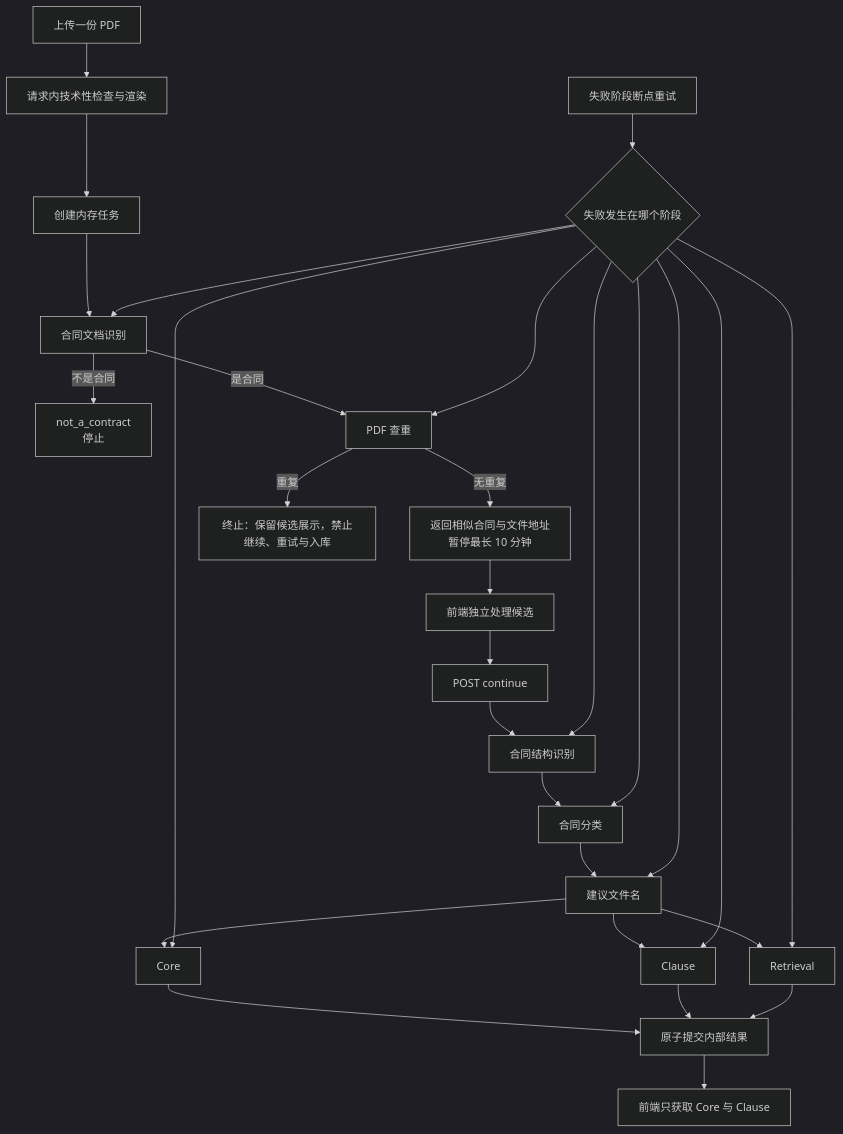
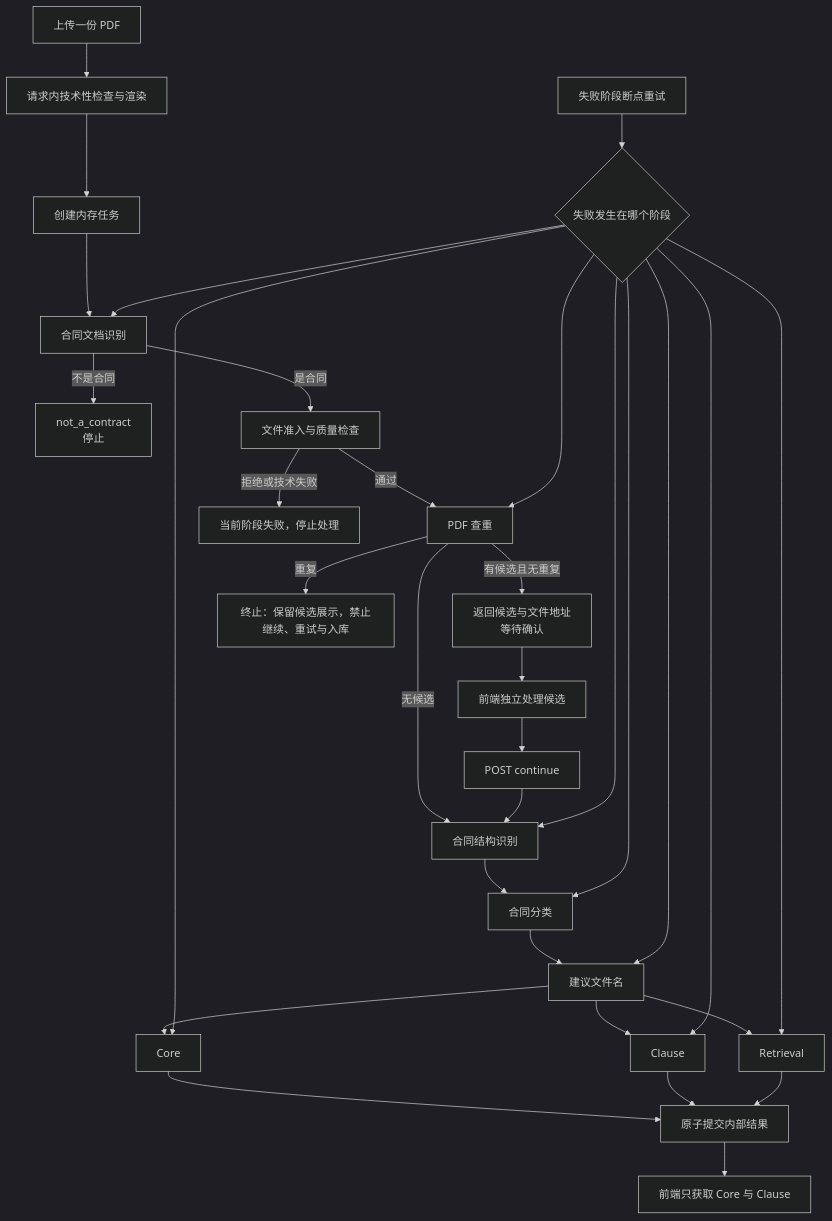
One commit to caicai-6666/contract-service-be changed the diagram in description/architecture/system/contract-extraction-runtime.md. Above: the diagram before and after it, drawn with Mermaid (dark theme). The commit also changed other lines of this file and 351 other files, not shown here.

````diff
--- a/description/architecture/system/contract-extraction-runtime.md
+++ b/description/architecture/system/contract-extraction-runtime.md
@@ -13,31 +13,34 @@
 ```mermaid
 flowchart TD
     upload["上传一份 PDF"] --> preparation["请求内技术性检查与渲染"]
     preparation --> run["创建内存任务"]
     run --> detection["合同文档识别"]
     detection -->|不是合同| rejected["not_a_contract<br/>停止"]
-    detection -->|是合同| deduplication["PDF 查重"]
-    deduplication -->|无重复| pause["返回相似合同与文件地址<br/>暂停最长 10 分钟"]
+    detection -->|是合同| summary["文件准入与质量检查"]
+    summary -->|通过| deduplication["PDF 查重"]
+    summary -->|拒绝或技术失败| quality_failed["当前阶段失败，停止处理"]
+    deduplication -->|有候选且无重复| pause["返回候选与文件地址<br/>等待确认"]
+    deduplication -->|无候选| structure
     deduplication -->|重复| duplicate_end["终止：保留候选展示，禁止继续、重试与入库"]
     pause --> external["前端独立处理候选"]
     external --> continue["POST continue"]
     continue --> structure["合同结构识别"]
     structure --> classification["合同分类"]
     classification --> file_name["建议文件名"]
     file_name --> core["Core"]
     file_name --> clause["Clause"]
     file_name --> retrieval["Retrieval"]
     core --> commit["原子提交内部结果"]
     clause --> commit
     retrieval --> commit
     commit --> review["前端只获取 Core 与 Clause"]
     retry["失败阶段断点重试"] --> failed{"失败发生在哪个阶段"}
     failed --> detection
     failed --> deduplication
     failed --> structure
     failed --> classification
     failed --> file_name
     failed --> core
     failed --> clause
     failed --> retrieval
 ```
````
